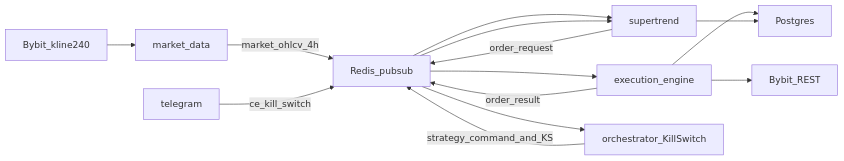
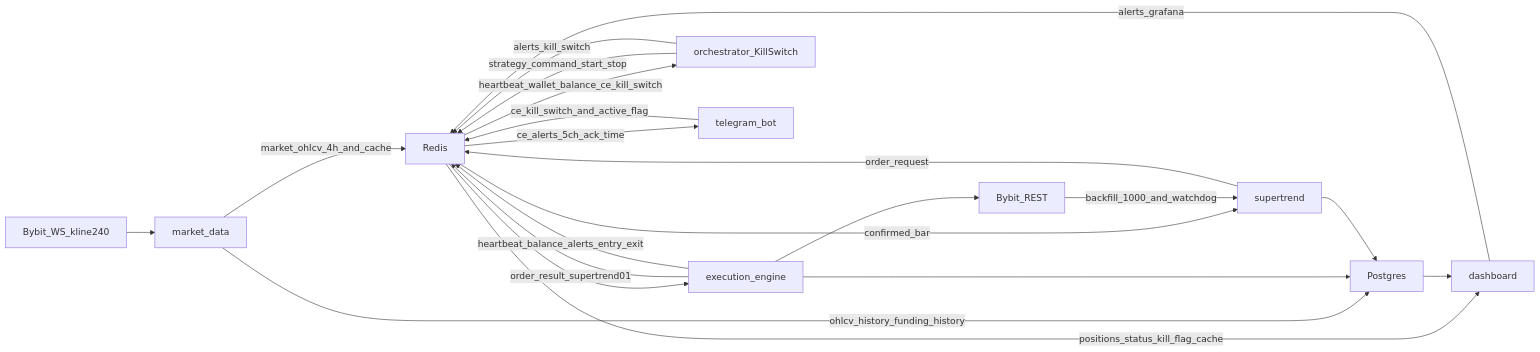
One commit to Justant-source/Bit-Mania changed the first of 2 diagrams in .temp/supertrend-runtime-simplify.md. Above: the diagram before and after it, drawn with Mermaid. The commit also changed other lines of this file, not shown here.

First line of the commit message:
plan: revise supertrend runtime simplification after code audit

````diff
--- a/.temp/supertrend-runtime-simplify.md
+++ b/.temp/supertrend-runtime-simplify.md
@@ -79,26 +129,34 @@
 ```mermaid
 flowchart LR
-  bybitWs[Bybit_kline240]
+  bybitWs[Bybit_WS_kline240]
+  bybitRest[Bybit_REST]
   md[market_data]
-  redisBus[Redis_pubsub]
+  redisBus[Redis]
   st[supertrend]
   ee[execution_engine]
-  bybitRest[Bybit_REST]
   pg[Postgres]
   orch[orchestrator_KillSwitch]
-  tg[telegram]
+  tg[telegram_bot]
+  dash[dashboard]
 
   bybitWs --> md
-  md -->|market_ohlcv_4h| redisBus
-  redisBus --> st
+  md -->|market_ohlcv_4h_and_cache| redisBus
+  md -->|ohlcv_history_funding_history| pg
+  redisBus -->|confirmed_bar| st
+  bybitRest -->|backfill_1000_and_watchdog| st
   st -->|order_request| redisBus
   redisBus --> ee
   ee --> bybitRest
-  ee -->|order_result| redisBus
-  redisBus --> st
+  ee -->|order_result_supertrend01| redisBus
+  ee -->|heartbeat_balance_alerts_entry_exit| redisBus
   ee --> pg
   st --> pg
-  orch -->|strategy_command_and_KS| redisBus
-  tg -->|ce_kill_switch| redisBus
-  redisBus --> orch
+  orch -->|strategy_command_start_stop| redisBus
+  orch -->|alerts_kill_switch| redisBus
+  redisBus -->|heartbeat_wallet_balance_ce_kill_switch| orch
+  tg -->|ce_kill_switch_and_active_flag| redisBus
+  redisBus -->|ce_alerts_5ch_ack_time| tg
+  dash -->|alerts_grafana| redisBus
+  redisBus -->|positions_status_kill_flag_cache| dash
+  pg --> dash
 ```
````
